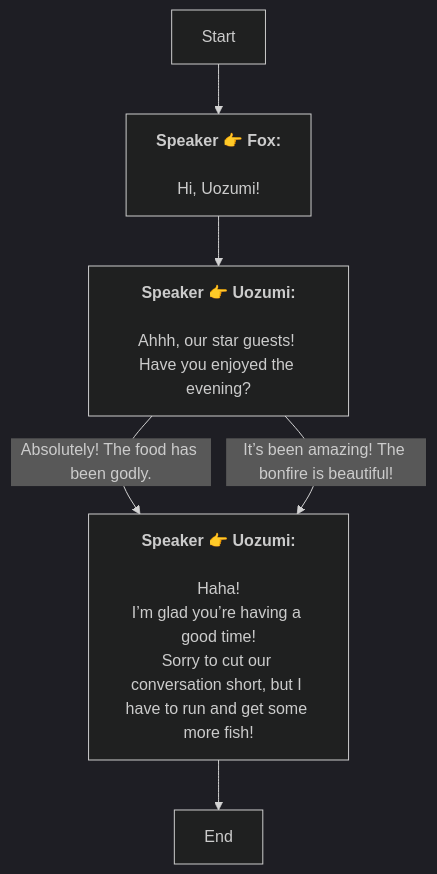
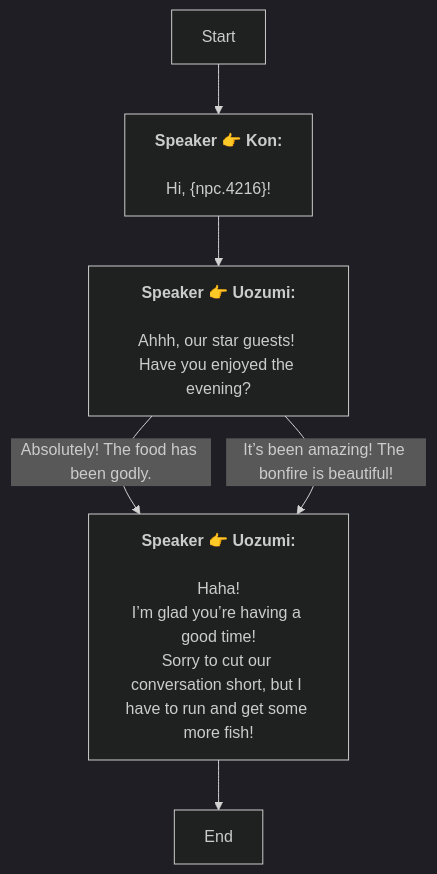
One commit to SoftHu/tos_avg changed the diagram in En/Dialog_55526188284485.md. Above: the diagram before and after it, drawn with Mermaid (dark theme). The commit also changed 730 other files, not shown here.

````diff
--- a/En/Dialog_55526188284485.md
+++ b/En/Dialog_55526188284485.md
@@ -1,16 +1,16 @@
 ```mermaid
 graph
-Start -->1776838168413161[<b>Speaker 👉 Fox:</b>
-\nHi, Uozumi!]
+Start -->1776838168413161[<b>Speaker 👉 Kon:</b>
+\nHi, &lbrace;npc.4216&rbrace;!]
 1776838168413161 -->1776838253754348[<b>Speaker 👉 Uozumi:</b>
 \nAhhh, our star guests! 
 Have you enjoyed the evening?]
 1776838253754348 -->|Absolutely! The food has been godly.|1776838386915317[<b>Speaker 👉 Uozumi:</b>
 \nHaha!
 I’m glad you’re having a good time!\nSorry to cut our conversation short, but I have to run and get some more fish!]
 1776838253754348 -->|It’s been amazing! The bonfire is beautiful!|1776838386915317[<b>Speaker 👉 Uozumi:</b>
 \nHaha!
 I’m glad you’re having a good time!\nSorry to cut our conversation short, but I have to run and get some more fish!]
 1776838386915317 -->1776838401137657[End]
 
 ```
````
